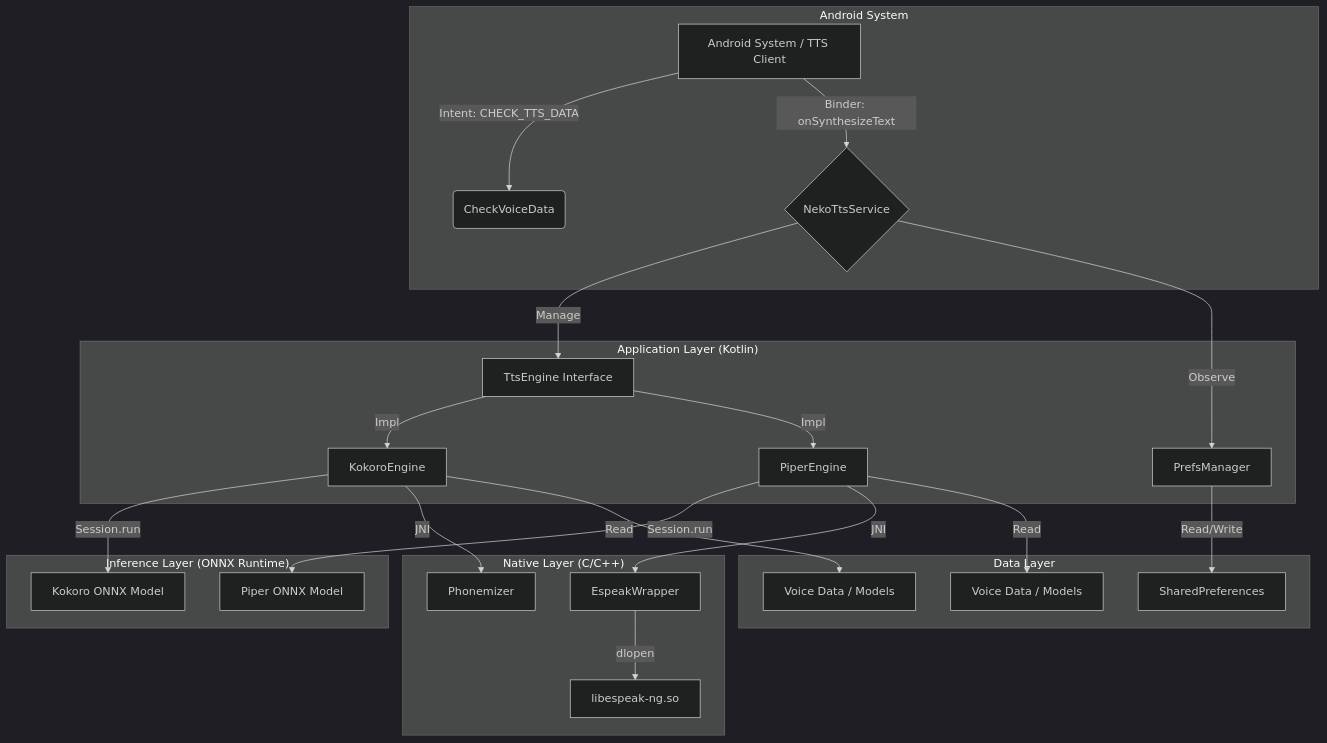
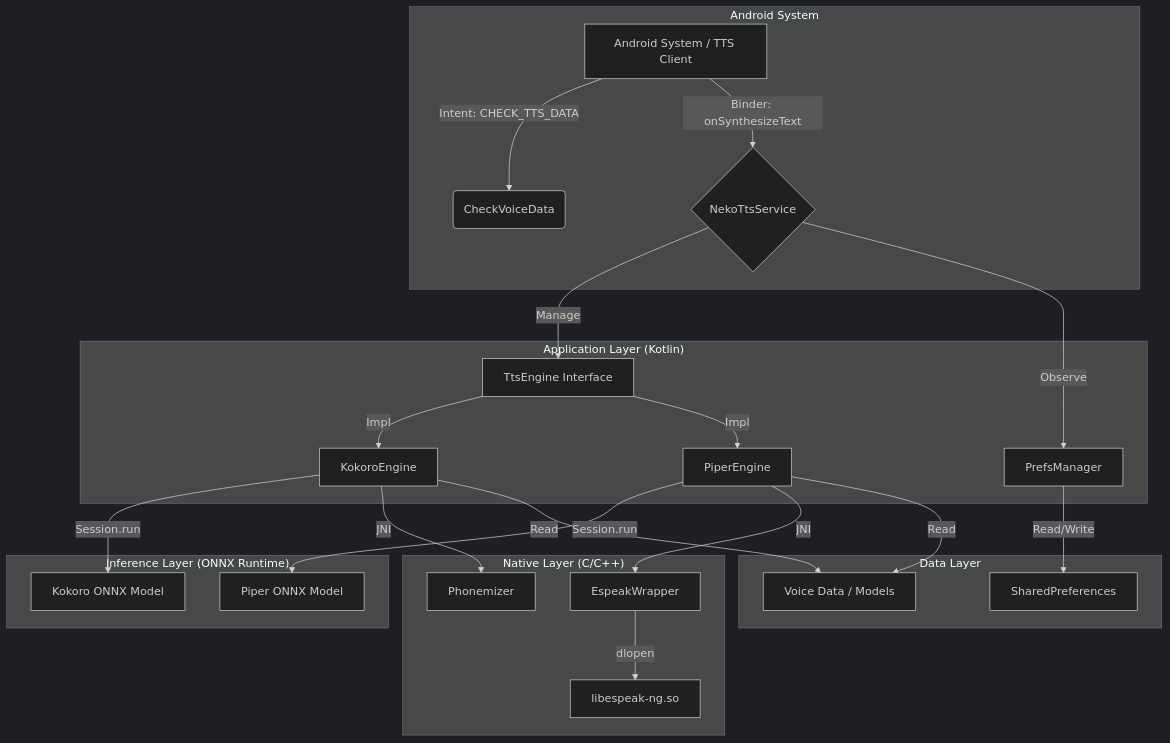
The first of 3 diagrams in TECHNICAL_DEEP_DIVE.md (siva-sub/NekoSpeak), drawn with Mermaid (dark theme) before and after one commit. The commit also changed other lines of this file and 6 other files, not shown here.

````diff
--- a/TECHNICAL_DEEP_DIVE.md
+++ b/TECHNICAL_DEEP_DIVE.md
@@ -9,31 +9,31 @@
 ```mermaid
 graph TD
     subgraph "Android System"
-        A[Android System / TTS Client] -->|Intent: CHECK_TTS_DATA| B(CheckVoiceData)
-        A -->|Binder: onSynthesizeText| C{NekoTtsService}
+        Android[Android System / TTS Client] -->|Intent: CHECK_TTS_DATA| CheckAct(CheckVoiceData)
+        Android -->|Binder: onSynthesizeText| Service{NekoTtsService}
     end
 
     subgraph "Application Layer (Kotlin)"
-        C -->|Manage| D[TtsEngine Interface]
-        D -->|Impl| E[KokoroEngine]
-        D -->|Impl| F[PiperEngine]
-        C -->|Observe| G[PrefsManager]
+        Service -->|Manage| Engine[TtsEngine Interface]
+        Engine -->|Impl| Kokoro[KokoroEngine]
+        Engine -->|Impl| Piper[PiperEngine]
+        Service -->|Observe| Prefs[PrefsManager]
     end
 
     subgraph "Inference Layer (ONNX Runtime)"
-        E -->|Session.run| H[Kokoro ONNX Model]
-        F -->|Session.run| I[Piper ONNX Model]
+        Kokoro -->|Session.run| KModel[Kokoro ONNX Model]
+        Piper -->|Session.run| PModel[Piper ONNX Model]
     end
 
     subgraph "Native Layer (C/C++)"
-        F -->|JNI| J[EspeakWrapper]
-        J -->|dlopen| K[libespeak-ng.so]
-        E -->|JNI| L[Phonemizer]
+        Piper -->|JNI| Espeak[EspeakWrapper]
+        Espeak -->|dlopen| LibEspeak[libespeak-ng.so]
+        Kokoro -->|JNI| Phonemizer[Phonemizer]
     end
 
     subgraph "Data Layer"
-        G -->|Read/Write| M[SharedPreferences]
-        F -->|Read| N[Voice Data / Models]
-        E -->|Read| O[Voice Data / Models]
+        Prefs -->|Read/Write| SharedPrefs[SharedPreferences]
+        Piper -->|Read| VoiceData[Voice Data / Models]
+        Kokoro -->|Read| VoiceData
     end
 ```
````
